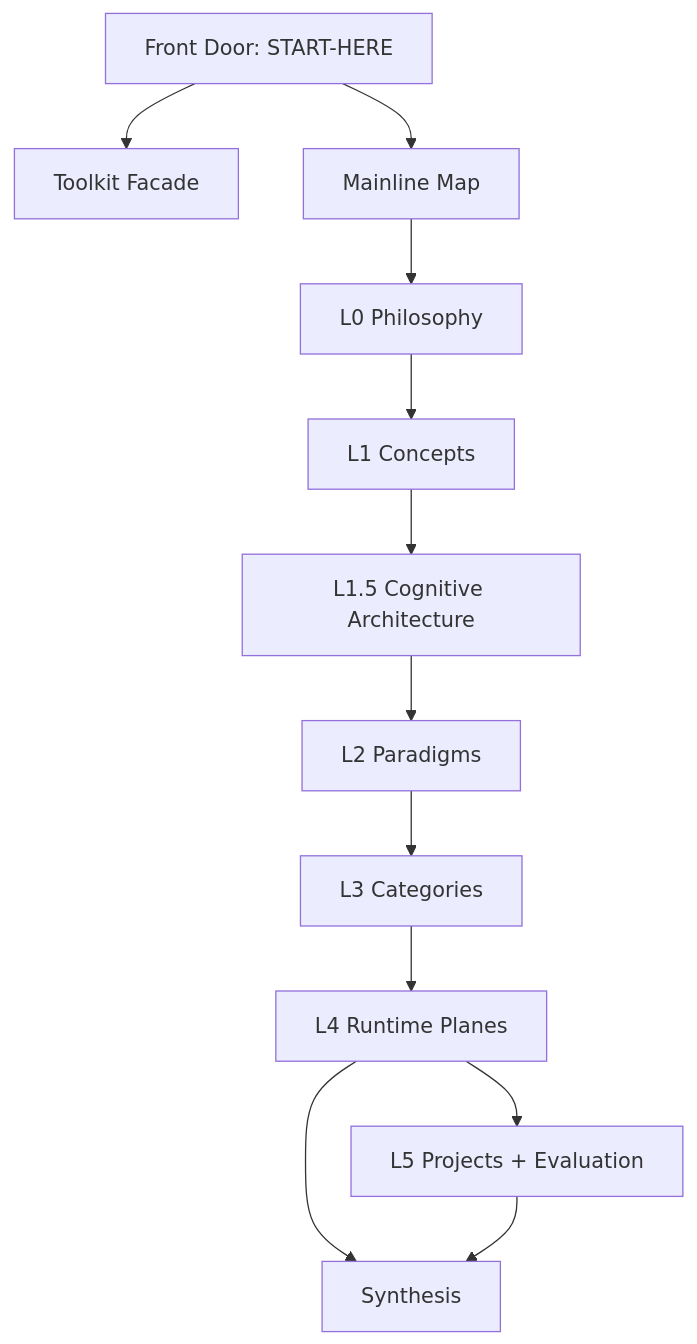
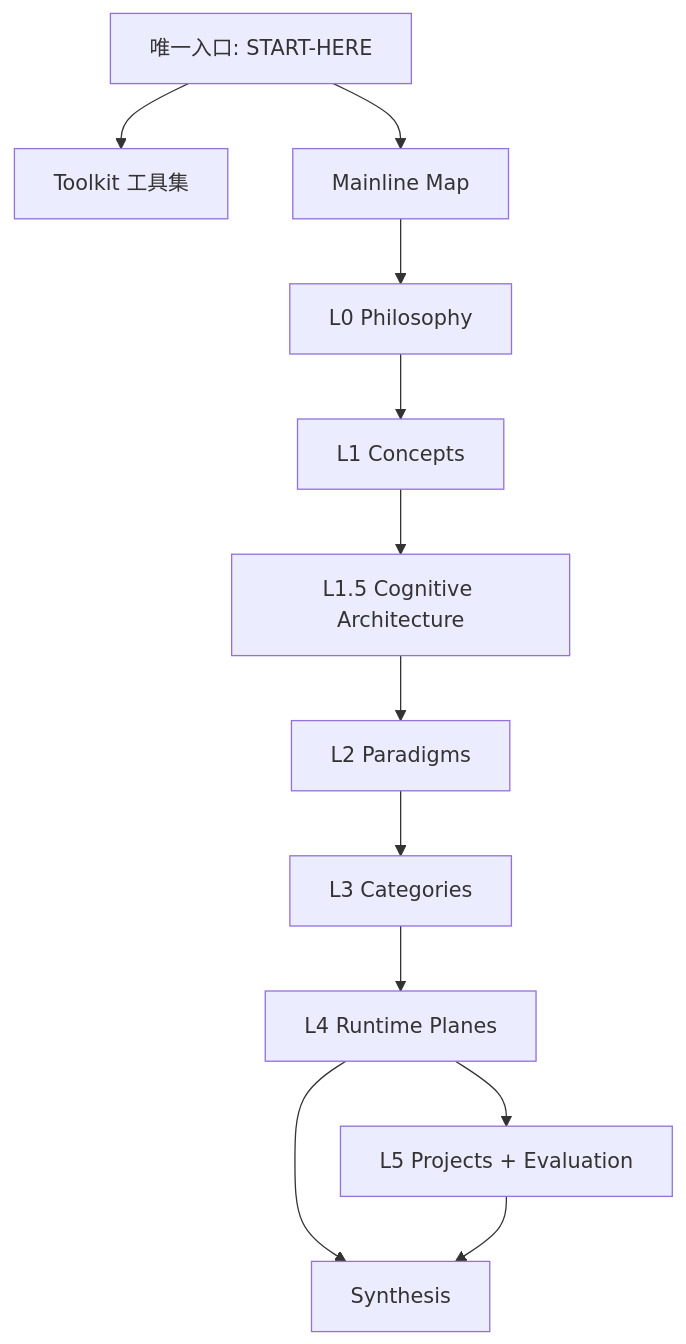
The diagram in index/mainline-map.md (jyqj/ai-agent-skill), drawn with Mermaid before and after one commit. The commit also changed 354 other files, not shown here.

First line of the commit message:
refactor: 全库去AI味改写 + 一致性修复 + Mermaid 补图

````diff
--- a/index/mainline-map.md
+++ b/index/mainline-map.md
@@ -13,14 +13,14 @@
 ```mermaid
 flowchart TD
-  F[Front Door: START-HERE] --> T[Toolkit Facade]
+  F[唯一入口: START-HERE] --> T[Toolkit 工具集]
   F --> M[Mainline Map]
   M --> P0[L0 Philosophy]
   P0 --> P1[L1 Concepts]
   P1 --> COG[L1.5 Cognitive Architecture]
   COG --> PAR[L2 Paradigms]
   PAR --> CAT[L3 Categories]
   CAT --> RUN[L4 Runtime Planes]
   RUN --> EVAL[L5 Projects + Evaluation]
   RUN --> SYN[Synthesis]
   EVAL --> SYN
 ```
````
